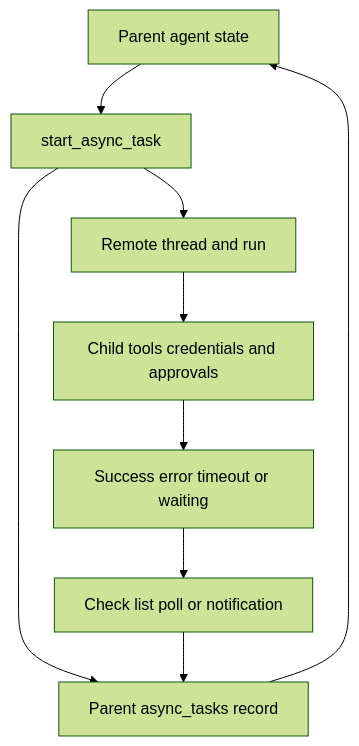
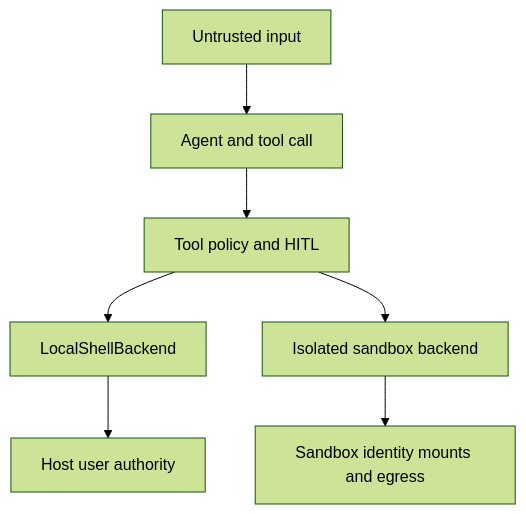
Before and after one commit to langchain-ai/deepagents: the first of 2 diagrams in openwiki/operations/security.md, drawn with Mermaid (forest theme). The commit also changed other lines of this file and 69 other files, not shown here.

````diff
--- a/openwiki/operations/security.md
+++ b/openwiki/operations/security.md
@@ -61,11 +55,9 @@
 ```mermaid
 flowchart TD
-    Parent["Parent agent state"] --> Start["start_async_task"]
-    Start --> Remote["Remote thread and run"]
-    Remote --> Child["Child tools credentials and approvals"]
-    Start --> Record["Parent async_tasks record"]
-    Child --> Outcome["Success error timeout or waiting"]
-    Outcome --> Observe["Check list poll or notification"]
-    Observe --> Record
-    Record --> Parent
+    Input["Untrusted input"] --> Agent["Agent and tool call"]
+    Agent --> Policy["Tool policy and HITL"]
+    Policy --> Local["LocalShellBackend"]
+    Policy --> Sandbox["Isolated sandbox backend"]
+    Local --> Host["Host user authority"]
+    Sandbox --> Limits["Sandbox identity mounts and egress"]
 ```
````
